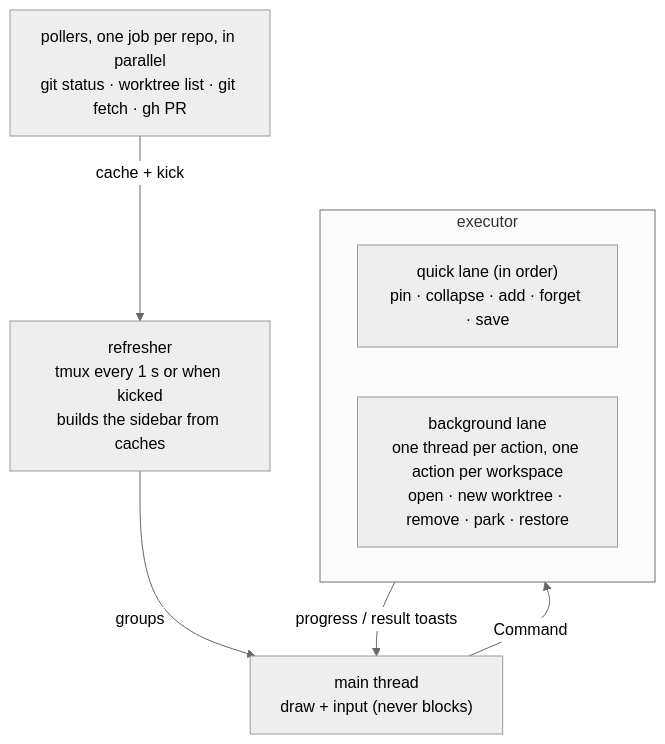
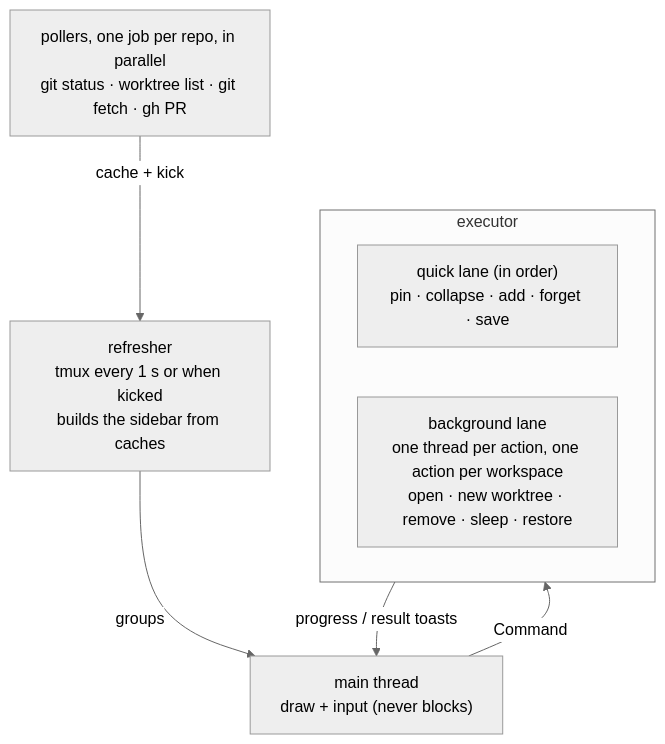
The second of 2 diagrams in docs/architecture.md (sean-d/the-deaner), drawn with Mermaid (neutral theme) before and after one commit. The commit also changed other lines of this file and 28 other files, not shown here.

First line of the commit message:
Sleep instead of park, an ASLEEP section, wake, and claude in focus

````diff
--- a/docs/architecture.md
+++ b/docs/architecture.md
@@ -65,11 +65,11 @@
 ```mermaid
 flowchart TB
   main["main thread<br/>draw + input (never blocks)"] -- Command --> exec
   subgraph exec["executor"]
     quick["quick lane (in order)<br/>pin · collapse · add · forget · save"]
-    bg["background lane<br/>one thread per action, one action per workspace<br/>open · new worktree · remove · park · restore"]
+    bg["background lane<br/>one thread per action, one action per workspace<br/>open · new worktree · remove · sleep · restore"]
   end
   refresh["refresher<br/>tmux every 1 s or when kicked<br/>builds the sidebar from caches"] -- groups --> main
   pollers["pollers, one job per repo, in parallel<br/>git status · worktree list · git fetch · gh PR"] -- cache + kick --> refresh
   exec -- progress / result toasts --> main
 ```
````
